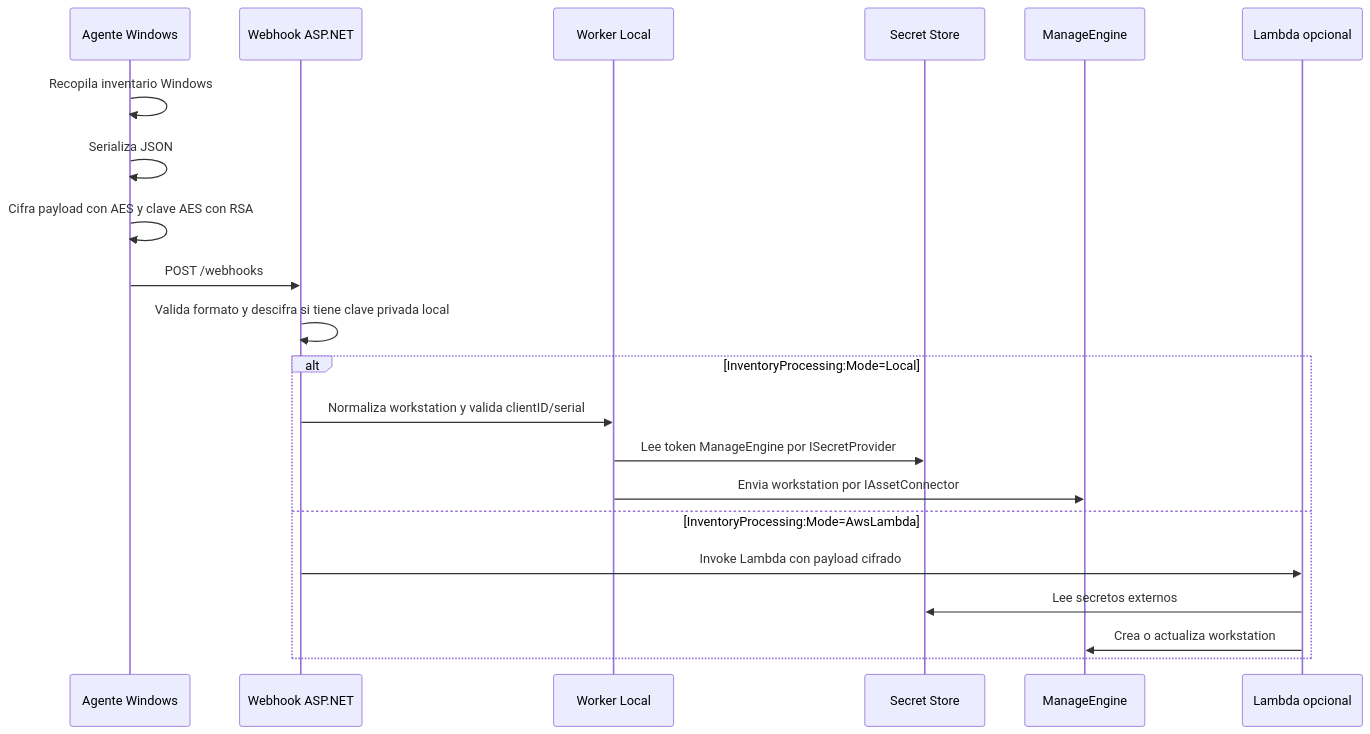
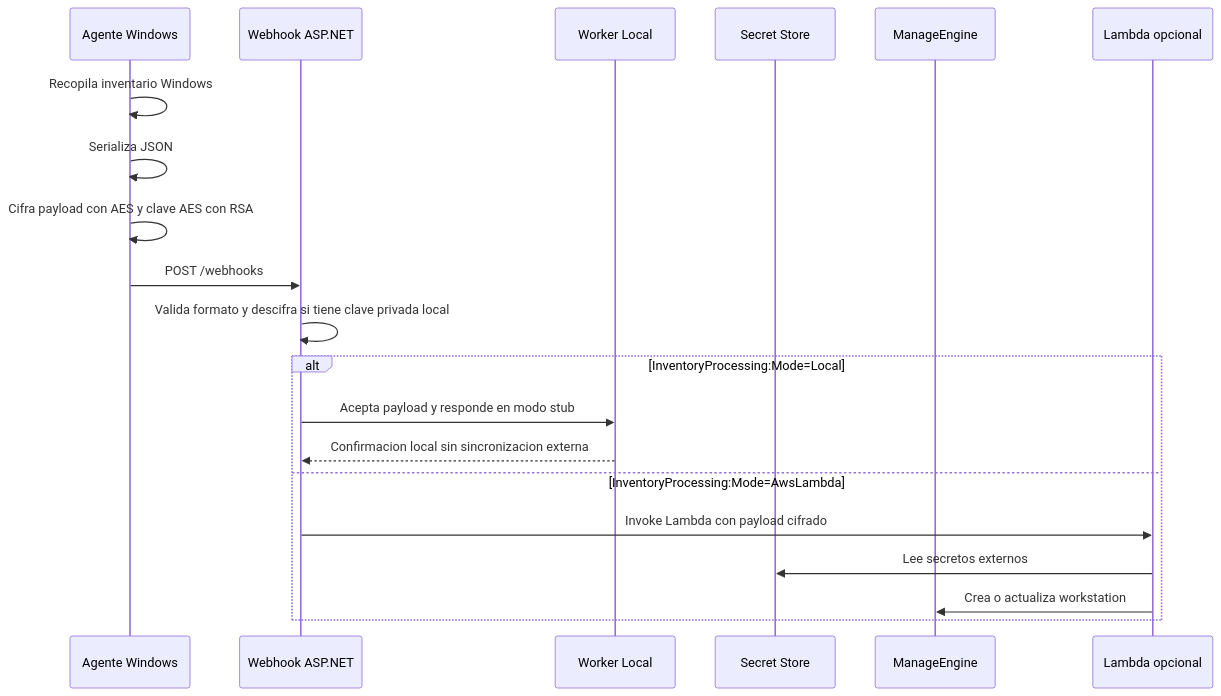
The diagram in docs/ARCHITECTURE.md (kpulido93/AutoInv), drawn with Mermaid before and after one commit. The commit also changed other lines of this file and 8 other files, not shown here.

Commit message:
feat(webhook): add local inventory processing mode

````diff
--- a/docs/ARCHITECTURE.md
+++ b/docs/ARCHITECTURE.md
@@ -9,24 +9,23 @@
 ```mermaid
 sequenceDiagram
     participant Agent as Agente Windows
     participant Webhook as Webhook ASP.NET
     participant Worker as Worker Local
     participant Secrets as Secret Store
     participant ME as ManageEngine
     participant Lambda as Lambda opcional
 
     Agent->>Agent: Recopila inventario Windows
     Agent->>Agent: Serializa JSON
     Agent->>Agent: Cifra payload con AES y clave AES con RSA
     Agent->>Webhook: POST /webhooks
     Webhook->>Webhook: Valida formato y descifra si tiene clave privada local
     alt InventoryProcessing:Mode=Local
-        Webhook->>Worker: Normaliza workstation y valida clientID/serial
-        Worker->>Secrets: Lee token ManageEngine por ISecretProvider
-        Worker->>ME: Envia workstation por IAssetConnector
+        Webhook->>Worker: Acepta payload y responde en modo stub
+        Worker-->>Webhook: Confirmacion local sin sincronizacion externa
     else InventoryProcessing:Mode=AwsLambda
         Webhook->>Lambda: Invoke Lambda con payload cifrado
         Lambda->>Secrets: Lee secretos externos
         Lambda->>ME: Crea o actualiza workstation
     end
 ```
````
